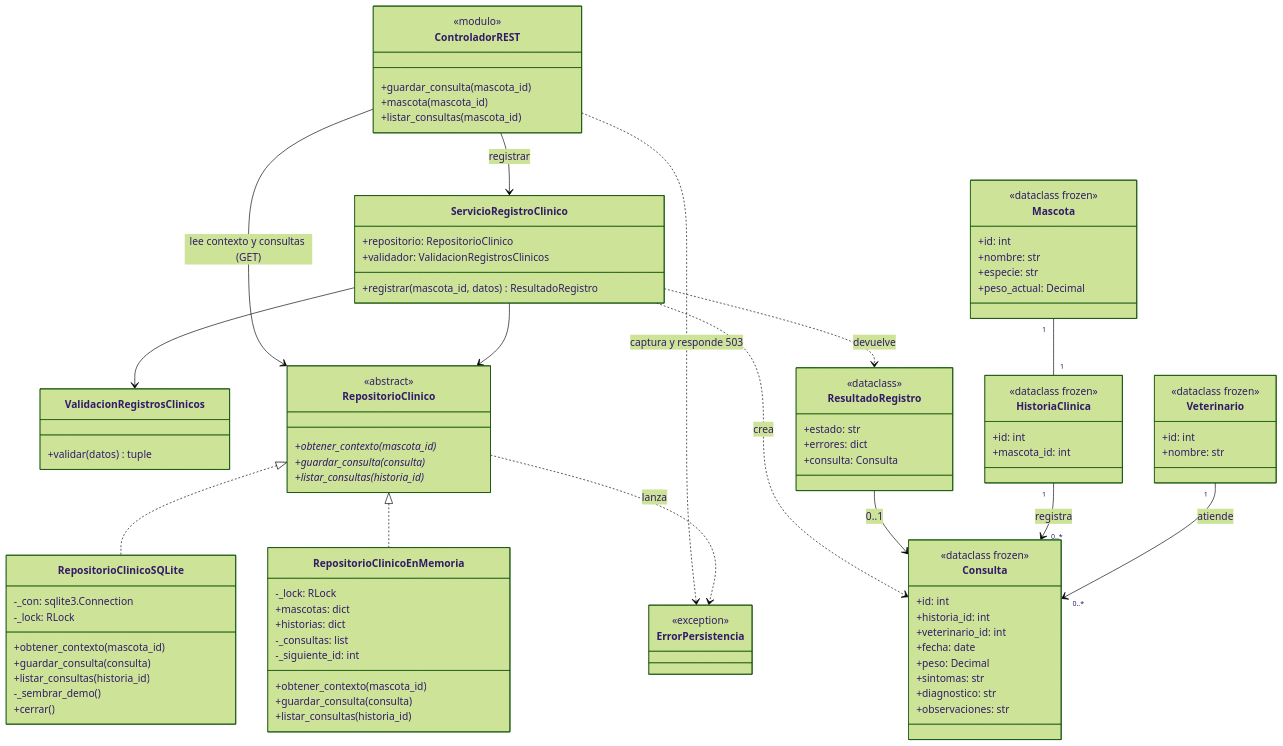
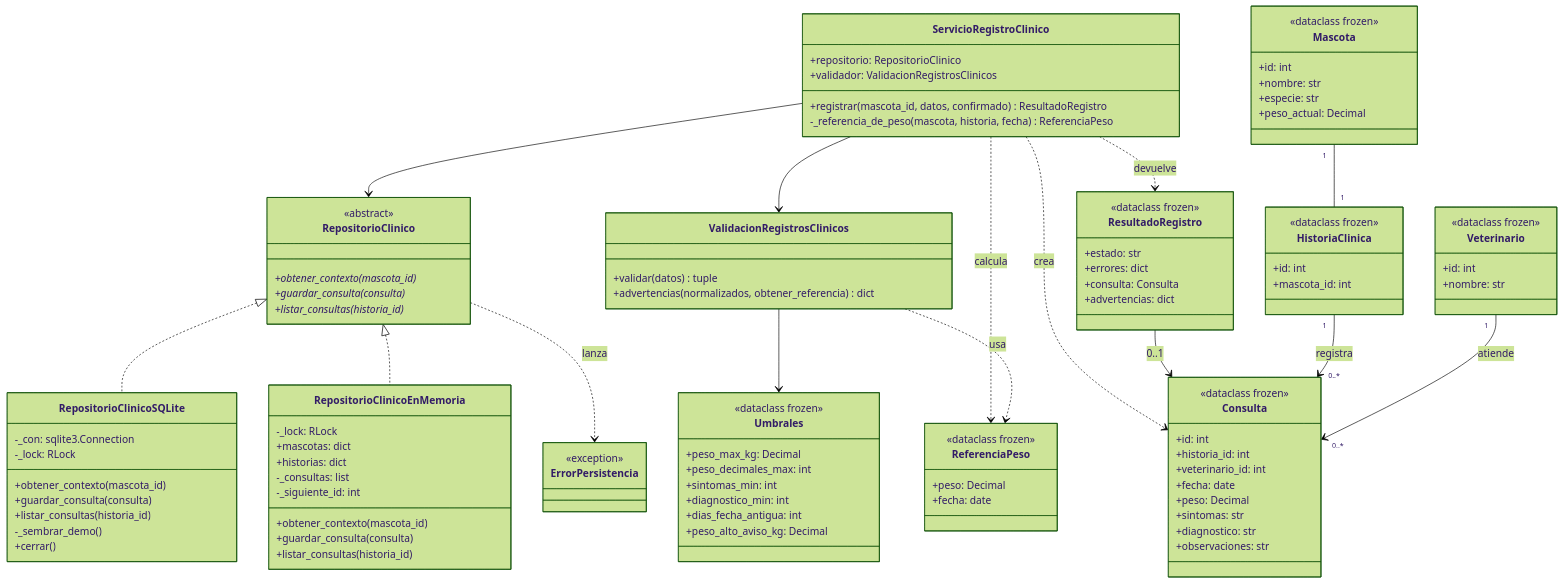
The sixth of 6 diagrams in docs/design/diseno-detallado.md (DinoMondino/sistema-gestion-veterinaria-2026), drawn with Mermaid (forest theme) before and after one commit. The commit also changed other lines of this file, not shown here.

```diff
--- a/docs/design/diseno-detallado.md
+++ b/docs/design/diseno-detallado.md
@@ -348,28 +413,40 @@
 classDiagram
     direction TB
 
-    class ControladorREST {
-        <<modulo>>
-        +guardar_consulta(mascota_id)
-        +mascota(mascota_id)
-        +listar_consultas(mascota_id)
-    }
-
     class ServicioRegistroClinico {
         +repositorio: RepositorioClinico
         +validador: ValidacionRegistrosClinicos
-        +registrar(mascota_id, datos) ResultadoRegistro
+        +registrar(mascota_id, datos, confirmado) ResultadoRegistro
+        -_referencia_de_peso(mascota, historia, fecha) ReferenciaPeso
     }
 
     class ValidacionRegistrosClinicos {
         +validar(datos) tuple
+        +advertencias(normalizados, obtener_referencia) dict
+    }
+
+    class Umbrales {
+        <<dataclass frozen>>
+        +peso_max_kg: Decimal
+        +peso_decimales_max: int
+        +sintomas_min: int
+        +diagnostico_min: int
+        +dias_fecha_antigua: int
+        +peso_alto_aviso_kg: Decimal
+    }
+
+    class ReferenciaPeso {
+        <<dataclass frozen>>
+        +peso: Decimal
+        +fecha: date
     }
 
     class ResultadoRegistro {
-        <<dataclass>>
+        <<dataclass frozen>>
         +estado: str
         +errores: dict
         +consulta: Consulta
+        +advertencias: dict
     }
 
     class RepositorioClinico {
@@ -436,13 +513,13 @@
         +nombre: str
     }
 
-    ControladorREST --> ServicioRegistroClinico : registrar
-    ControladorREST --> RepositorioClinico : lee contexto y consultas (GET)
-    ControladorREST ..> ErrorPersistencia : captura y responde 503
     ServicioRegistroClinico --> RepositorioClinico
     ServicioRegistroClinico --> ValidacionRegistrosClinicos
     ServicioRegistroClinico ..> Consulta : crea
     ServicioRegistroClinico ..> ResultadoRegistro : devuelve
+    ServicioRegistroClinico ..> ReferenciaPeso : calcula
+    ValidacionRegistrosClinicos --> Umbrales
+    ValidacionRegistrosClinicos ..> ReferenciaPeso : usa
     ResultadoRegistro --> Consulta : 0..1
     RepositorioClinico <|.. RepositorioClinicoSQLite
     RepositorioClinico <|.. RepositorioClinicoEnMemoria
```
